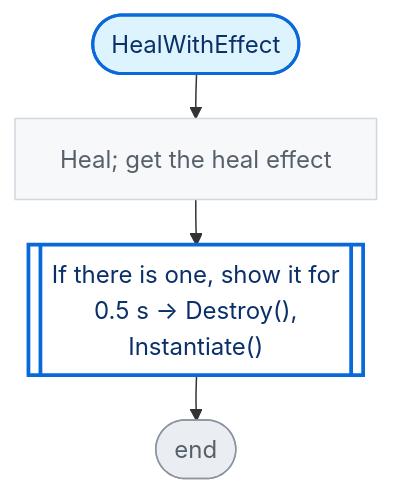
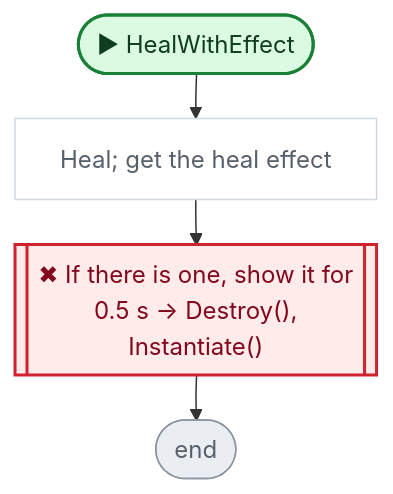
Before and after one commit to nataiai/Lord-of-the-Dungeon: the fifth of 5 diagrams in CodeGraph~/graph/Character.cs.md, drawn with Mermaid. The commit also changed other lines of this file and 44 other files, not shown here.

````diff
--- a/CodeGraph~/graph/Character.cs.md
+++ b/CodeGraph~/graph/Character.cs.md
@@ -234,31 +256,35 @@
 ```mermaid
 ---
 config:
   flowchart:
     wrappingWidth: 260
     nodeSpacing: 26
     rankSpacing: 30
 ---
 flowchart TD
-  nS(["HealWithEffect"])
+  nS(["▶ HealWithEffect"])
   n5172e2["Heal; get the heal effect"]
-  n42f111[["If there is one, show it for<br>0.5 s → Destroy(),<br>Instantiate()"]]
+  n42f111[["✖ If there is one, show it for<br>0.5 s → Destroy(),<br>Instantiate()"]]
   nE(["end"])
   nS --> n5172e2
   n5172e2 --> n42f111
   n42f111 --> nE
-  classDef unity fill:#fff1c2,stroke:#9a6700,stroke-width:2px,color:#3b2300
-  classDef start fill:#ddf4ff,stroke:#0969da,stroke-width:2px,color:#0a3069
-  classDef calc fill:#f6f8fa,stroke:#d0d7de,color:#57606a
-  classDef calls fill:#ffffff,stroke:#0969da,stroke-width:2.5px,color:#0a3069
-  classDef cond fill:#ffffff,stroke:#6e7781,stroke-width:1.5px,color:#1f2328
-  classDef loop fill:#fbefff,stroke:#8250df,color:#3e1f79
-  classDef exit fill:#eaeef2,stroke:#57606a,color:#24292f
-  classDef wait fill:#fff8f0,stroke:#bc4c00,color:#4d1d00
+  classDef unity fill:#dafbe1,stroke:#1a7f37,stroke-width:2px,color:#0f3d1d
+  classDef start fill:#dafbe1,stroke:#1a7f37,stroke-width:2px,color:#0f3d1d
+  classDef calc fill:#ffffff,stroke:#d0d7de,color:#57606a
+  classDef calls fill:#ddf4ff,stroke:#0969da,stroke-width:2px,color:#0a3069
+  classDef ext fill:#ddf4ff,stroke:#0969da,stroke-width:2px,stroke-dasharray:5 3,color:#0a3069
+  classDef cond fill:#fff8c5,stroke:#bf8700,stroke-width:1.5px,color:#3d2a00
+  classDef loop fill:#f6f8fa,stroke:#57606a,color:#1f2328
+  classDef exit fill:#ffebe9,stroke:#cf222e,color:#82071e
+  classDef kill fill:#ffebe9,stroke:#cf222e,stroke-width:2px,color:#82071e
+  classDef spawn fill:#dafbe1,stroke:#1a7f37,stroke-width:2px,color:#0f3d1d
+  classDef wait fill:#fff1e5,stroke:#bc4c00,color:#4d1d00
   classDef fin fill:#eaeef2,stroke:#8c959f,color:#57606a
   classDef join fill:#d0d7de,stroke:#8c959f,color:#57606a
+  classDef ghdr fill:#f5f9ff,stroke:#f5f9ff,color:#0a3069,font-weight:bold
   class n5172e2 calc
-  class n42f111 calls
   class nE fin
+  class n42f111 kill
   class nS start
 ```
````
